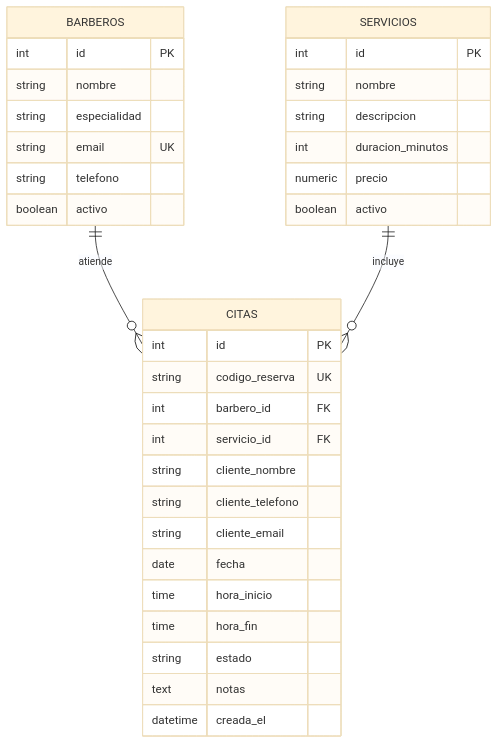
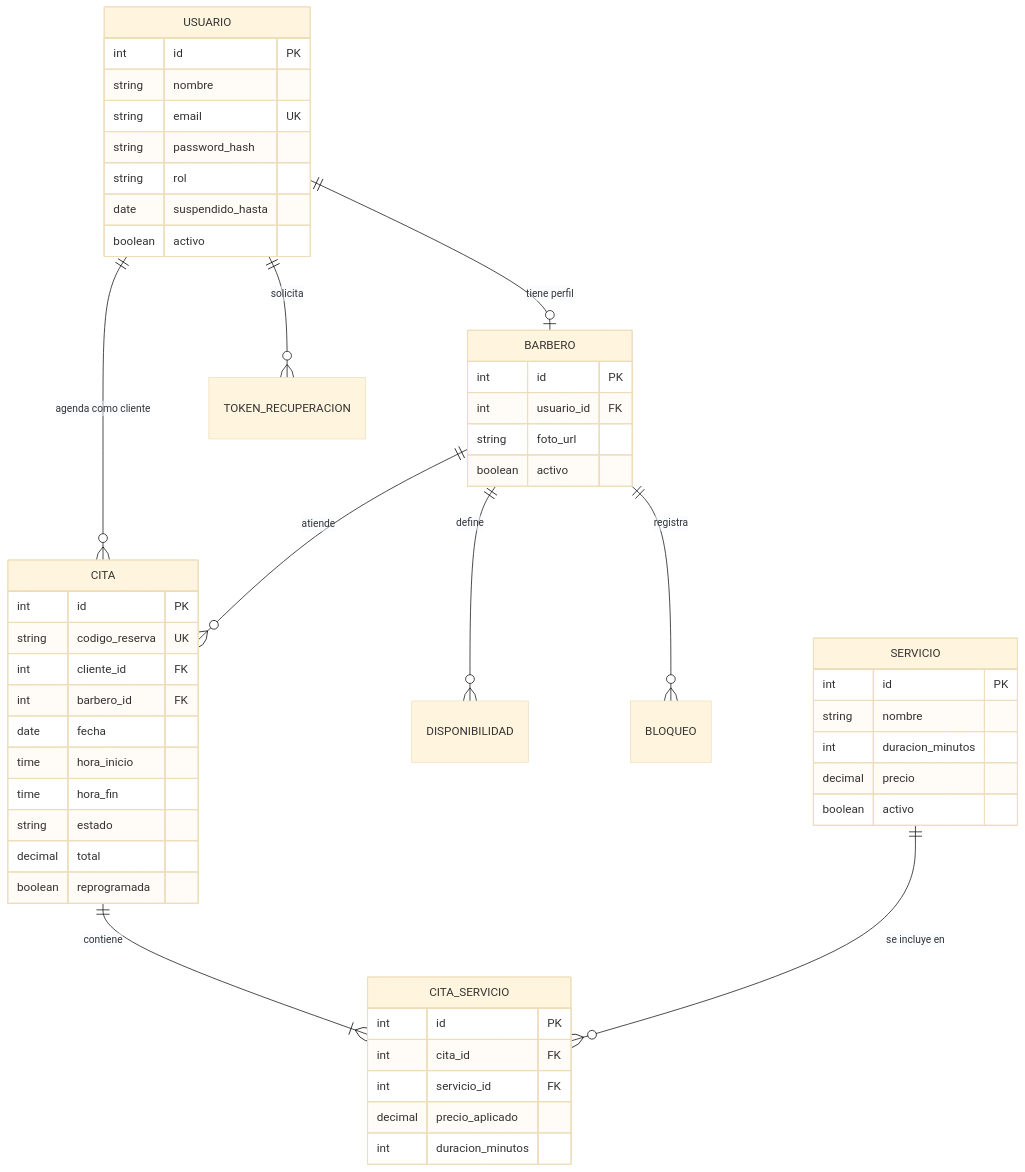
Before and after one commit to JuanD1603/gestor-barberia: the second of 2 diagrams in README.md, drawn with Mermaid (base theme). The commit also changed other lines of this file and 2 other files, not shown here.

````diff
--- a/README.md
+++ b/README.md
@@ -75,39 +99,57 @@
 ```mermaid
 erDiagram
-    BARBEROS ||--o{ CITAS : "atiende"
-    SERVICIOS ||--o{ CITAS : "incluye"
+    USUARIO ||--o| BARBERO : "tiene perfil"
+    USUARIO ||--o{ CITA : "agenda como cliente"
+    USUARIO ||--o{ TOKEN_RECUPERACION : solicita
+    BARBERO ||--o{ CITA : atiende
+    BARBERO ||--o{ DISPONIBILIDAD : define
+    BARBERO ||--o{ BLOQUEO : registra
+    CITA ||--|{ CITA_SERVICIO : contiene
+    SERVICIO ||--o{ CITA_SERVICIO : "se incluye en"
 
-    BARBEROS {
+    USUARIO {
         int id PK
         string nombre
-        string especialidad
         string email UK
-        string telefono
+        string password_hash
+        string rol
+        date suspendido_hasta
         boolean activo
     }
 
-    SERVICIOS {
+    BARBERO {
         int id PK
-        string nombre
-        string descripcion
-        int duracion_minutos
-        numeric precio
+        int usuario_id FK
+        string foto_url
         boolean activo
     }
 
-    CITAS {
+    SERVICIO {
+        int id PK
+        string nombre
+        int duracion_minutos
+        decimal precio
+        boolean activo
+    }
+
+    CITA {
         int id PK
         string codigo_reserva UK
+        int cliente_id FK
         int barbero_id FK
-        int servicio_id FK
-        string cliente_nombre
-        string cliente_telefono
-        string cliente_email
         date fecha
         time hora_inicio
         time hora_fin
         string estado
-        text notas
-        datetime creada_el
+        decimal total
+        boolean reprogramada
+    }
+
+    CITA_SERVICIO {
+        int id PK
+        int cita_id FK
+        int servicio_id FK
+        decimal precio_aplicado
+        int duracion_minutos
     }
 ```
````
